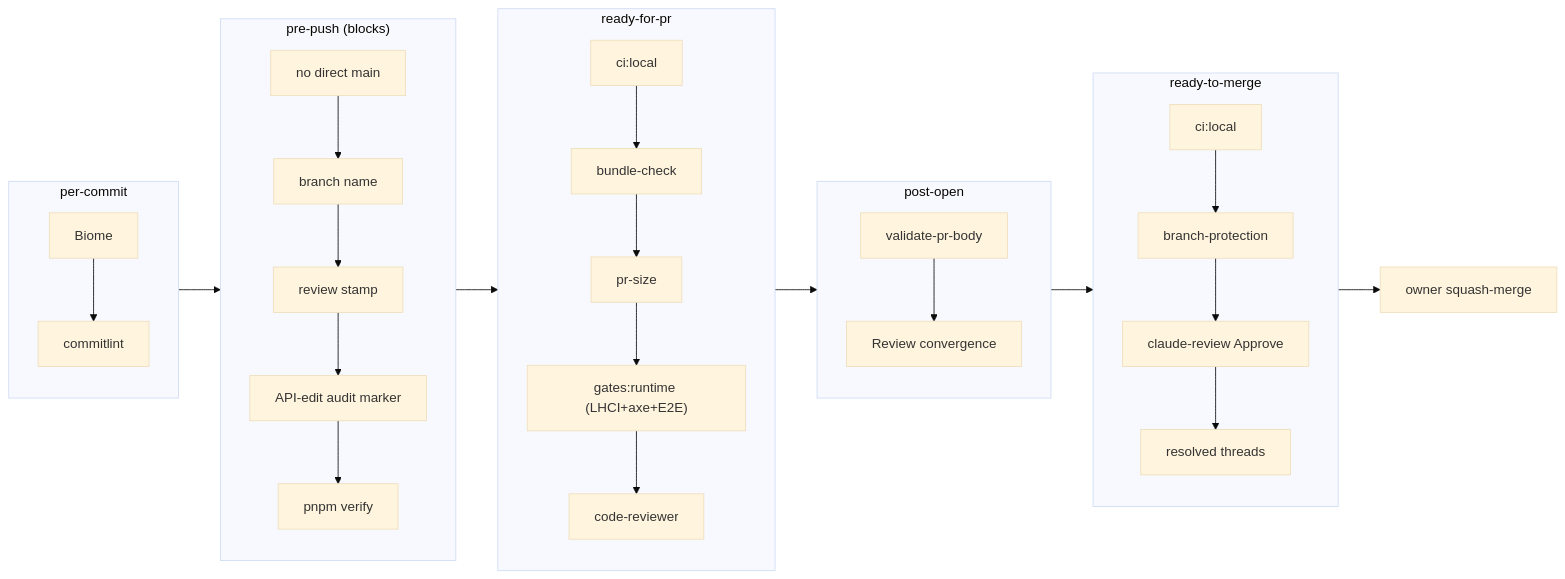
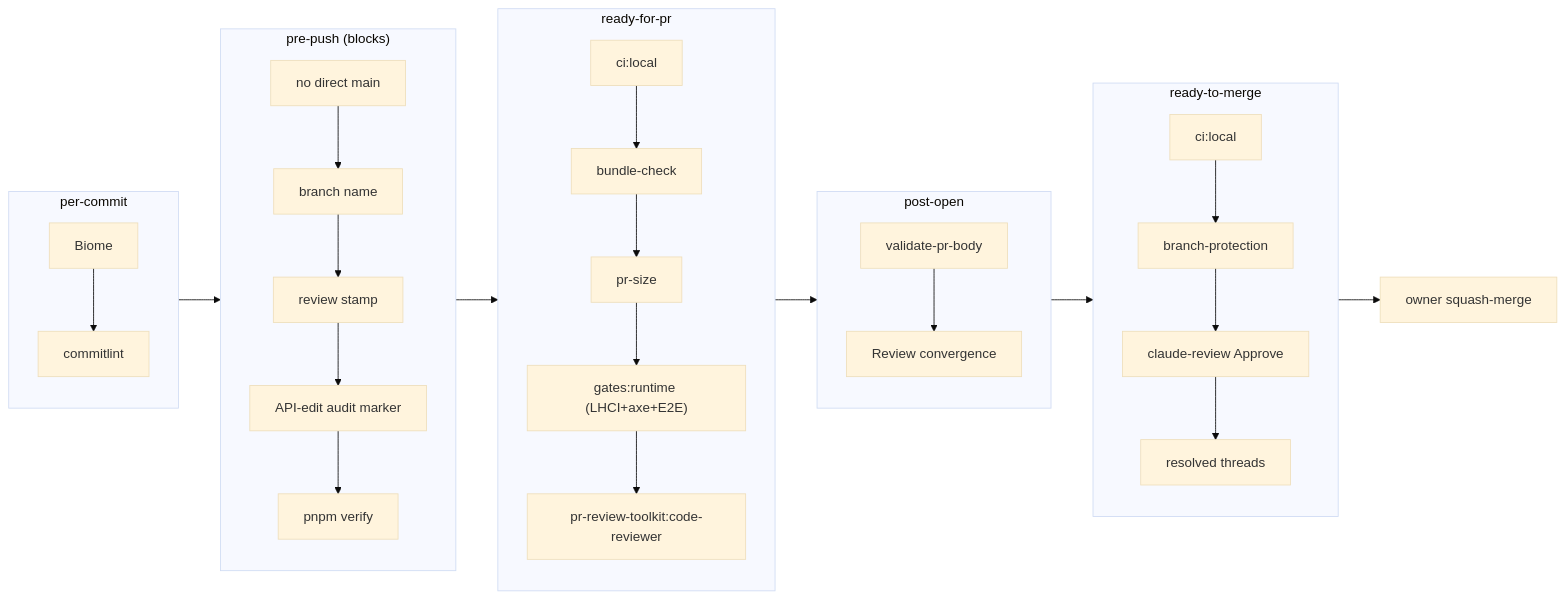
One commit to erikunha/portfolio changed the second of 2 diagrams in docs/handbook/development-lifecycle.md. Above: the diagram before and after it, drawn with Mermaid (base theme). The commit also changed 6 other files, not shown here.

First line of the commit message:
fix(review): make the two new gates hold, and derive the surface list

````diff
--- a/docs/handbook/development-lifecycle.md
+++ b/docs/handbook/development-lifecycle.md
@@ -69,19 +69,19 @@
 ```mermaid
 flowchart LR
     subgraph commit["per-commit"]
         g1["Biome"] --> g2["commitlint"]
     end
     subgraph prepush["pre-push (blocks)"]
         g3["no direct main"] --> g4["branch name"] --> g5["review stamp"] --> g6["API-edit audit marker"] --> g7["pnpm verify"]
     end
     subgraph prepr["ready-for-pr"]
-        g8["ci:local"] --> g9["bundle-check"] --> g10["pr-size"] --> g11["gates:runtime (LHCI+axe+E2E)"] --> g12["code-reviewer"]
+        g8["ci:local"] --> g9["bundle-check"] --> g10["pr-size"] --> g11["gates:runtime (LHCI+axe+E2E)"] --> g12["pr-review-toolkit:code-reviewer"]
     end
     subgraph open["post-open"]
         g13["validate-pr-body"] --> g14["Review convergence"]
     end
     subgraph premerge["ready-to-merge"]
         g15["ci:local"] --> g16["branch-protection"] --> g17["claude-review Approve"] --> g18["resolved threads"]
     end
     commit --> prepush --> prepr --> open --> premerge --> merge["owner squash-merge"]
 ```
````
